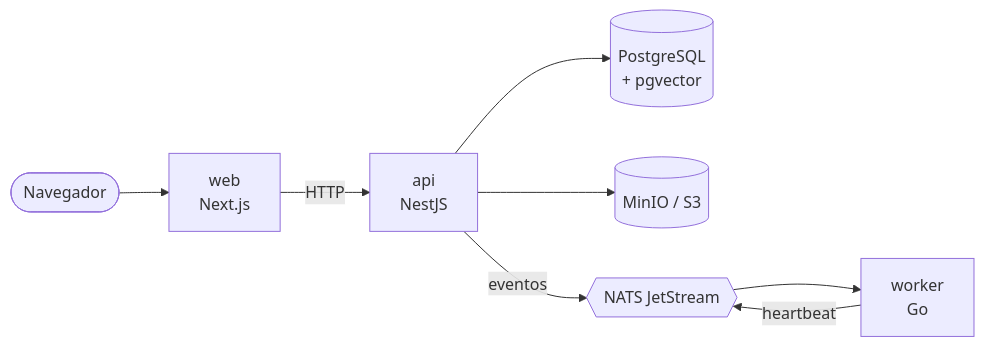
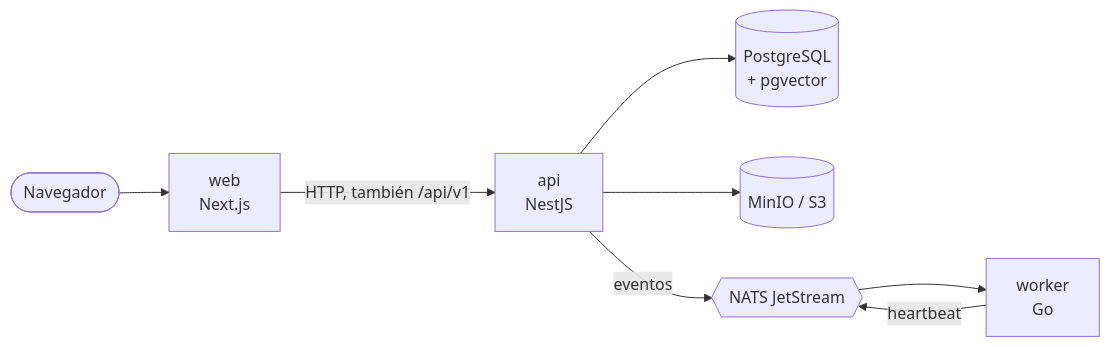
One commit to ricardoverita/verarag changed the diagram in README.md. Above: the diagram before and after it, drawn with Mermaid. The commit also changed other lines of this file and 16 other files, not shown here.

````diff
--- a/README.md
+++ b/README.md
@@ -52,10 +55,10 @@
 ```mermaid
 flowchart LR
     browser([Navegador]) --> web["web<br/>Next.js"]
-    web -- HTTP --> api["api<br/>NestJS"]
+    web -- "HTTP, también /api/v1" --> api["api<br/>NestJS"]
     api --> postgres[("PostgreSQL<br/>+ pgvector")]
     api --> storage[("MinIO / S3")]
     api -- eventos --> nats{{"NATS JetStream"}}
     nats --> worker["worker<br/>Go"]
     worker -- heartbeat --> nats
 ```
````
